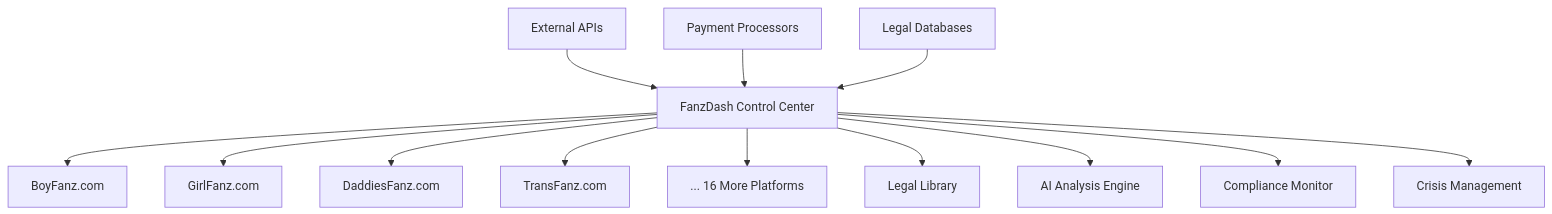
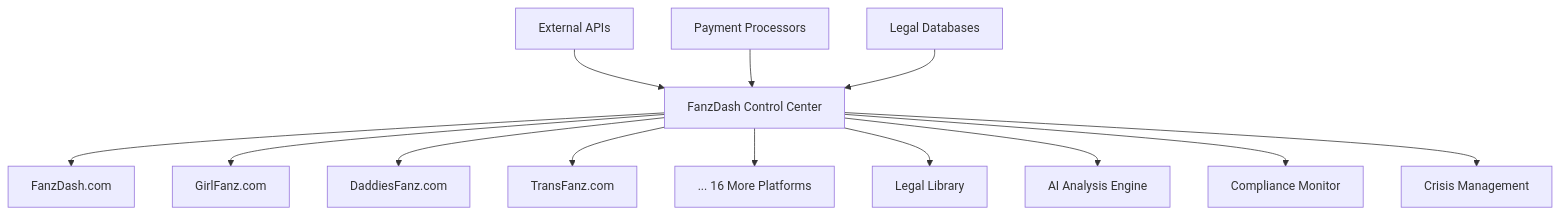
One commit to FanzCEO/FANZ-Unified-Ecosystem changed the diagram in FANZ-Unified-Ecosystem/fanzdash/README.md. Above: the diagram before and after it, drawn with Mermaid. The commit also changed other lines of this file and 1636 other files, not shown here.

````diff
--- a/FANZ-Unified-Ecosystem/fanzdash/README.md
+++ b/FANZ-Unified-Ecosystem/fanzdash/README.md
@@ -387,17 +387,17 @@
 ```mermaid
 graph TD
-    A[FanzDash Control Center] --> B[BoyFanz.com]
+    A[FanzDash Control Center] --> B[FanzDash.com]
     A --> C[GirlFanz.com] 
     A --> D[DaddiesFanz.com]
     A --> E[TransFanz.com]
     A --> F[... 16 More Platforms]
     
     A --> G[Legal Library]
     A --> H[AI Analysis Engine]
     A --> I[Compliance Monitor]
     A --> J[Crisis Management]
     
     K[External APIs] --> A
     L[Payment Processors] --> A
     M[Legal Databases] --> A
 ```
````
